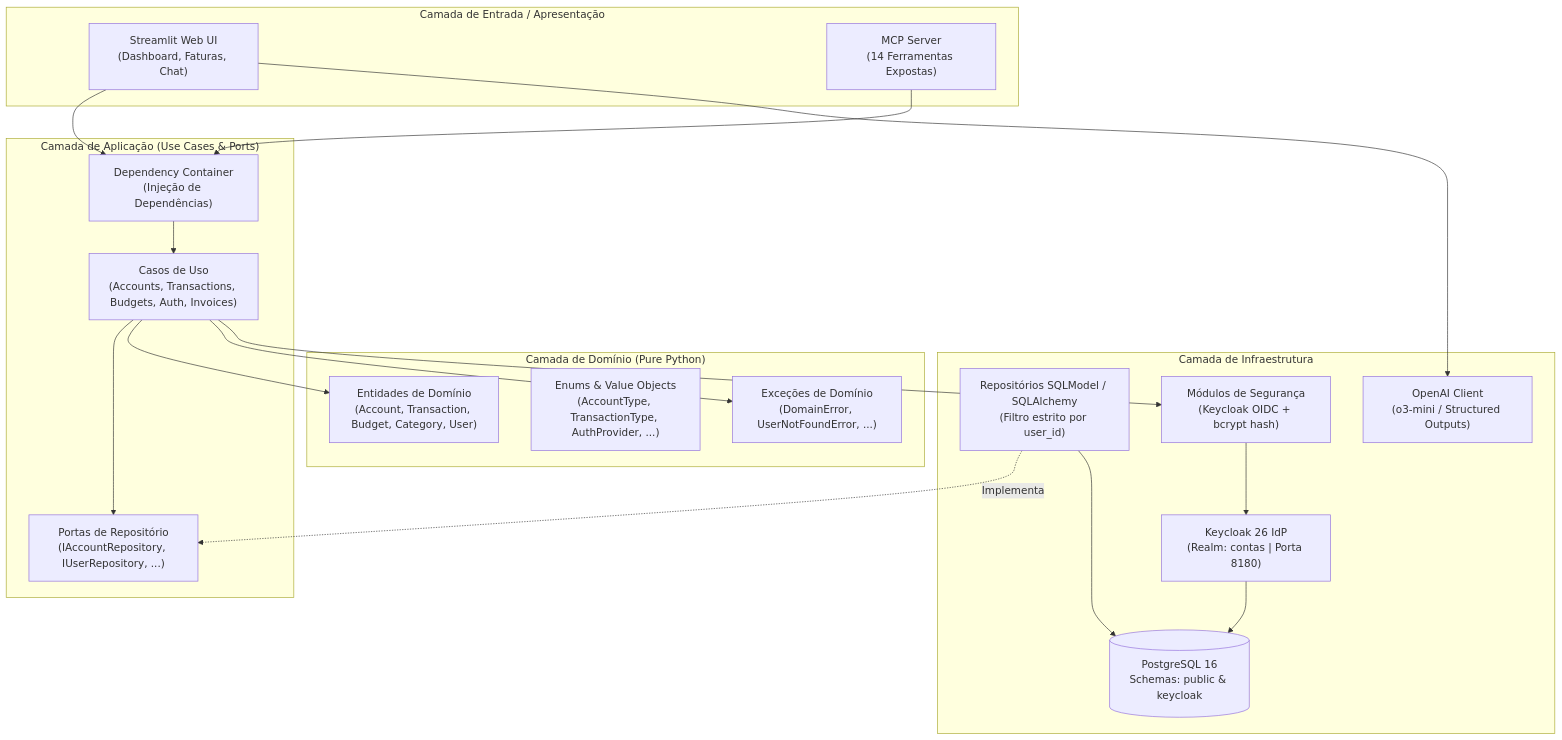
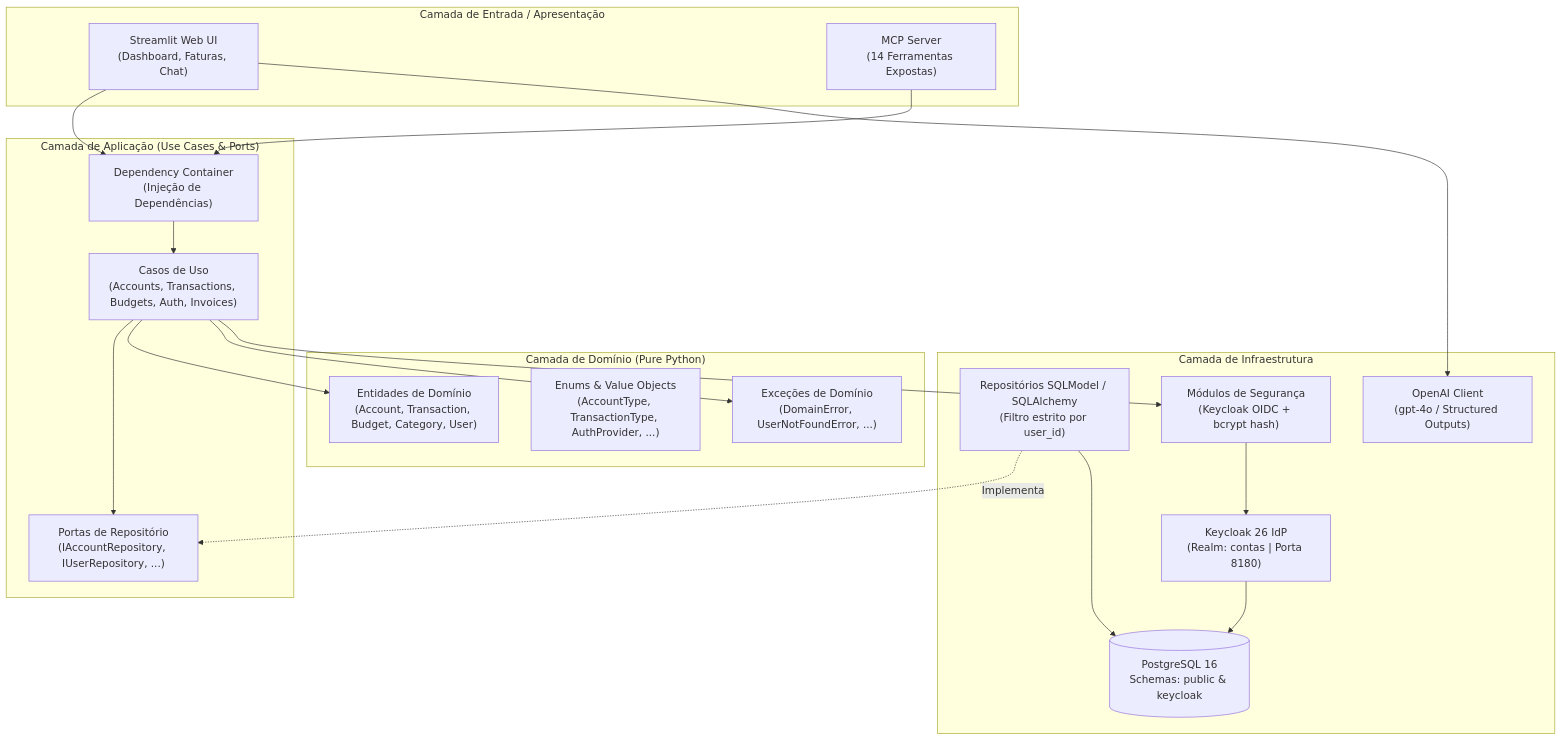
Before and after one commit to castrocristiano/contas: the first of 2 diagrams in README.md, drawn with Mermaid. The commit also changed other lines of this file and 12 other files, not shown here.

````diff
--- a/README.md
+++ b/README.md
@@ -54,40 +54,40 @@
 ```mermaid
 flowchart TD
     subgraph UI_MCP["Camada de Entrada / Apresentação"]
         StreamlitApp["Streamlit Web UI<br>(Dashboard, Faturas, Chat)"]
         MCPServer["MCP Server<br>(14 Ferramentas Expostas)"]
     end
 
     subgraph Application["Camada de Aplicação (Use Cases & Ports)"]
         UseCases["Casos de Uso<br>(Accounts, Transactions, Budgets, Auth, Invoices)"]
         Ports["Portas de Repositório<br>(IAccountRepository, IUserRepository, ...)"]
         Container["Dependency Container<br>(Injeção de Dependências)"]
     end
 
     subgraph Domain["Camada de Domínio (Pure Python)"]
         Entities["Entidades de Domínio<br>(Account, Transaction, Budget, Category, User)"]
         Enums["Enums & Value Objects<br>(AccountType, TransactionType, AuthProvider, ...)"]
         Errors["Exceções de Domínio<br>(DomainError, UserNotFoundError, ...)"]
     end
 
     subgraph Infrastructure["Camada de Infraestrutura"]
         SQLAlchemyRepos["Repositórios SQLModel / SQLAlchemy<br>(Filtro estrito por user_id)"]
         Security["Módulos de Segurança<br>(Keycloak OIDC + bcrypt hash)"]
         PostgresDB[(PostgreSQL 16<br>Schemas: public & keycloak)]
         KeycloakIdP["Keycloak 26 IdP<br>(Realm: contas | Porta 8180)"]
-        OpenAIClient["OpenAI Client<br>(o3-mini / Structured Outputs)"]
+        OpenAIClient["OpenAI Client<br>(gpt-4o / Structured Outputs)"]
     end
 
     StreamlitApp --> Container
     MCPServer --> Container
     Container --> UseCases
     UseCases --> Ports
     UseCases --> Entities
     UseCases --> Errors
     SQLAlchemyRepos -.->|Implementa| Ports
     SQLAlchemyRepos --> PostgresDB
     UseCases --> Security
     Security --> KeycloakIdP
     KeycloakIdP --> PostgresDB
     StreamlitApp --> OpenAIClient
 ```
````
